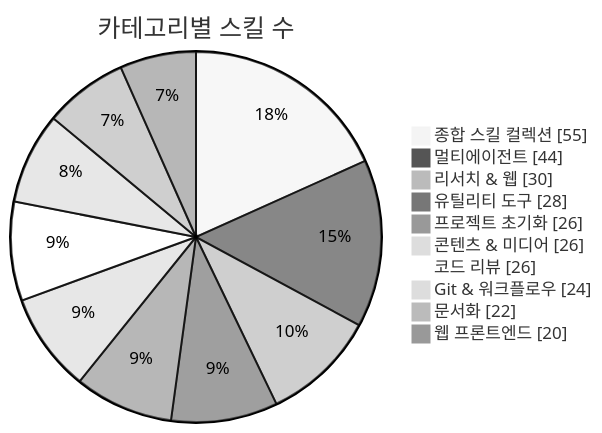
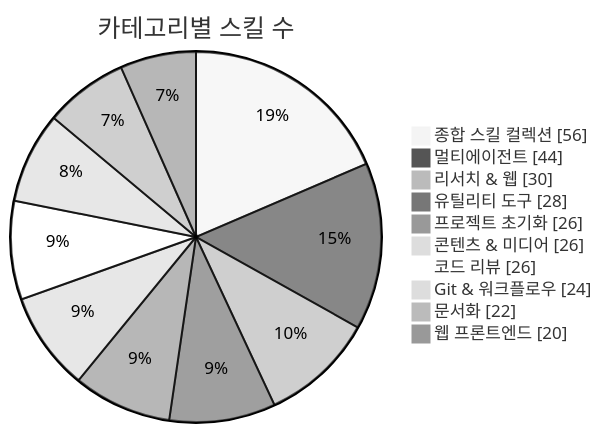
One commit to J-nowcow/awesome-korean-agent-skills changed the first of 3 diagrams in README.md. Above: the diagram before and after it, drawn with Mermaid (neutral theme). The commit also changed other lines of this file and 4 other files, not shown here.

````diff
--- a/README.md
+++ b/README.md
@@ -176,14 +176,14 @@
 ```mermaid
 pie showData
     title 카테고리별 스킬 수
-    "종합 스킬 컬렉션" : 55
+    "종합 스킬 컬렉션" : 56
     "멀티에이전트" : 44
     "리서치 & 웹" : 30
     "유틸리티 도구" : 28
     "프로젝트 초기화" : 26
     "콘텐츠 & 미디어" : 26
     "코드 리뷰" : 26
     "Git & 워크플로우" : 24
     "문서화" : 22
     "웹 프론트엔드" : 20
 ```
````
